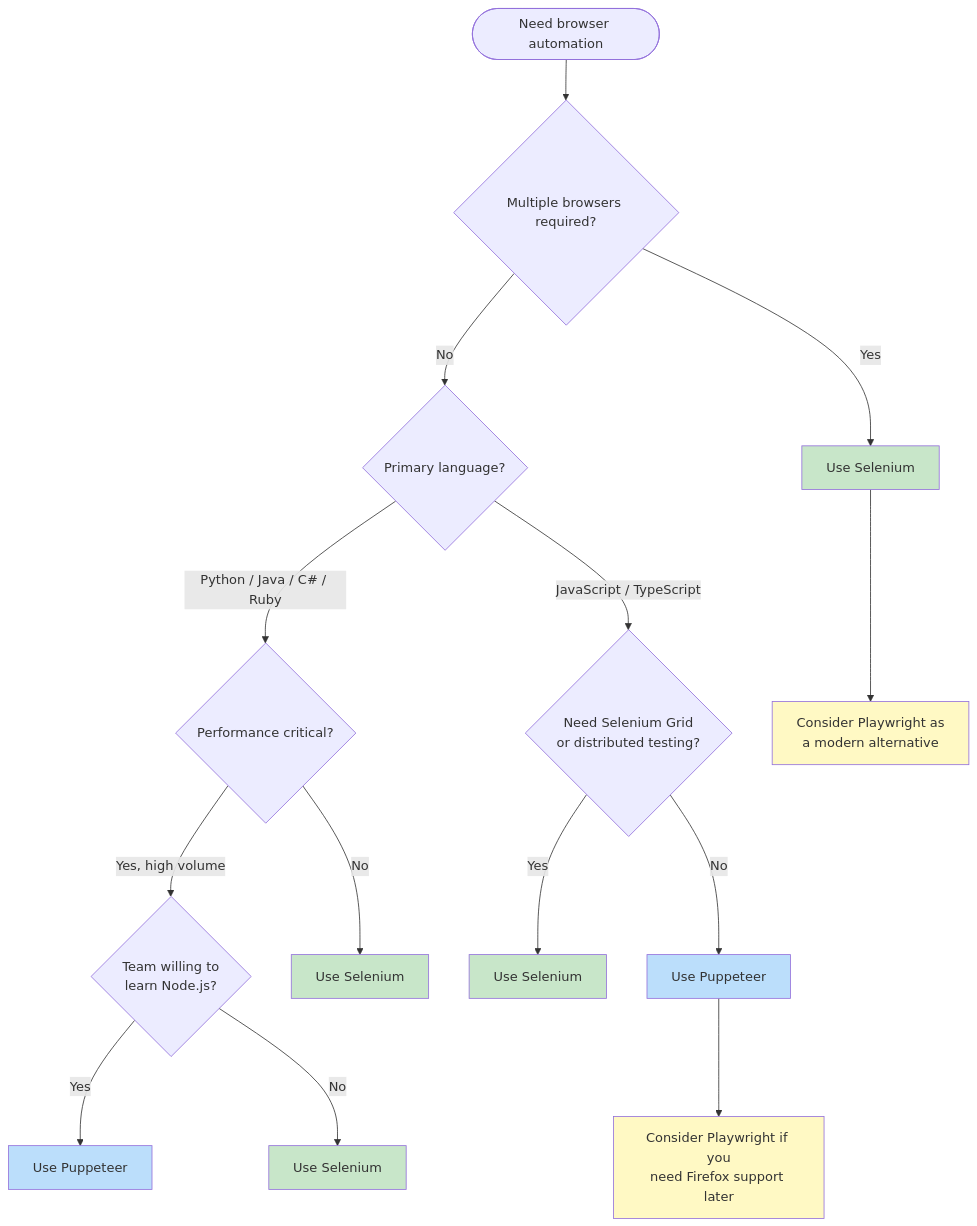
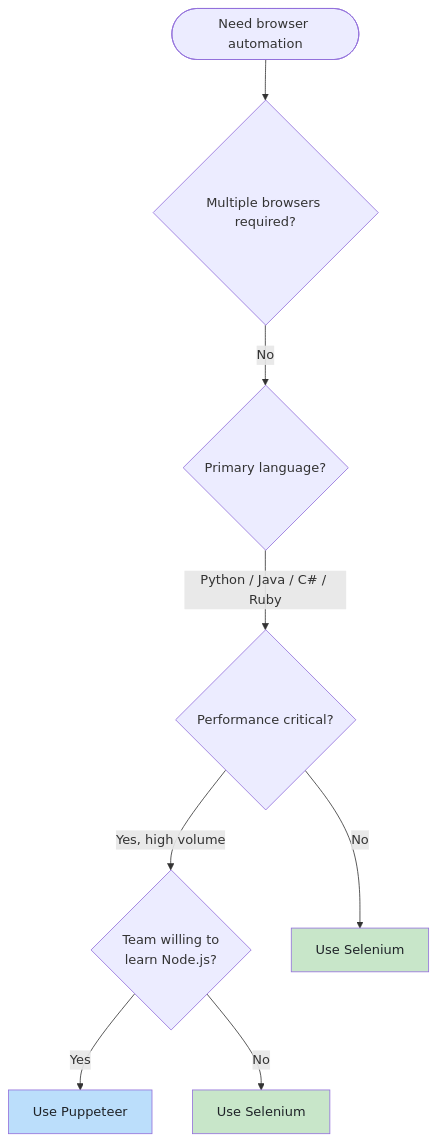
The third of 4 diagrams in _posts/2026-03-05-puppeteer-vs-selenium-which-should-you-pick.md (bytetunnels/bytetunnels.github.com), drawn with Mermaid before and after one commit. The commit also changed other lines of this file and 118 other files, not shown here.

Commit message:
feat: improve diagram styling and compact wide flowcharts

````diff
--- a/_posts/2026-03-05-puppeteer-vs-selenium-which-should-you-pick.md
+++ b/_posts/2026-03-05-puppeteer-vs-selenium-which-should-you-pick.md
@@ -258,30 +273,17 @@
 ```mermaid
 flowchart TD
     START([Need browser automation]) --> Q1{Multiple browsers required?}
-    Q1 -->|Yes| SEL1[Use Selenium]
     Q1 -->|No| Q2{Primary language?}
 
     Q2 -->|Python / Java / C# / Ruby| Q3{Performance critical?}
-    Q2 -->|JavaScript / TypeScript| Q4{Need Selenium Grid<br/>or distributed testing?}
 
     Q3 -->|Yes, high volume| Q5{Team willing to<br/>learn Node.js?}
     Q3 -->|No| SEL2[Use Selenium]
 
-    Q4 -->|Yes| SEL3[Use Selenium]
-    Q4 -->|No| PUP1[Use Puppeteer]
-
     Q5 -->|Yes| PUP2[Use Puppeteer]
     Q5 -->|No| SEL4[Use Selenium]
 
-    SEL1 --> NOTE1[Consider Playwright as<br/>a modern alternative]
-    PUP1 --> NOTE2[Consider Playwright if you<br/>need Firefox support later]
-
-    style SEL1 fill:#c8e6c9
-    style SEL2 fill:#c8e6c9
-    style SEL3 fill:#c8e6c9
-    style SEL4 fill:#c8e6c9
-    style PUP1 fill:#bbdefb
-    style PUP2 fill:#bbdefb
-    style NOTE1 fill:#fff9c4
-    style NOTE2 fill:#fff9c4
+    style SEL2 fill:#c8e6c9,color:#1f2328
+    style SEL4 fill:#c8e6c9,color:#1f2328
+    style PUP2 fill:#bbdefb,color:#1f2328
 ```
````
